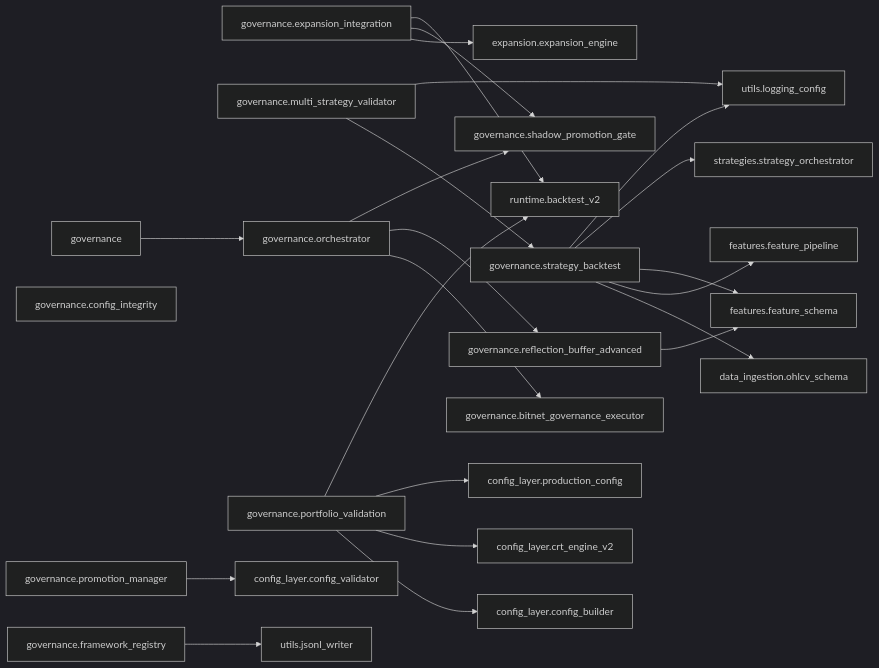
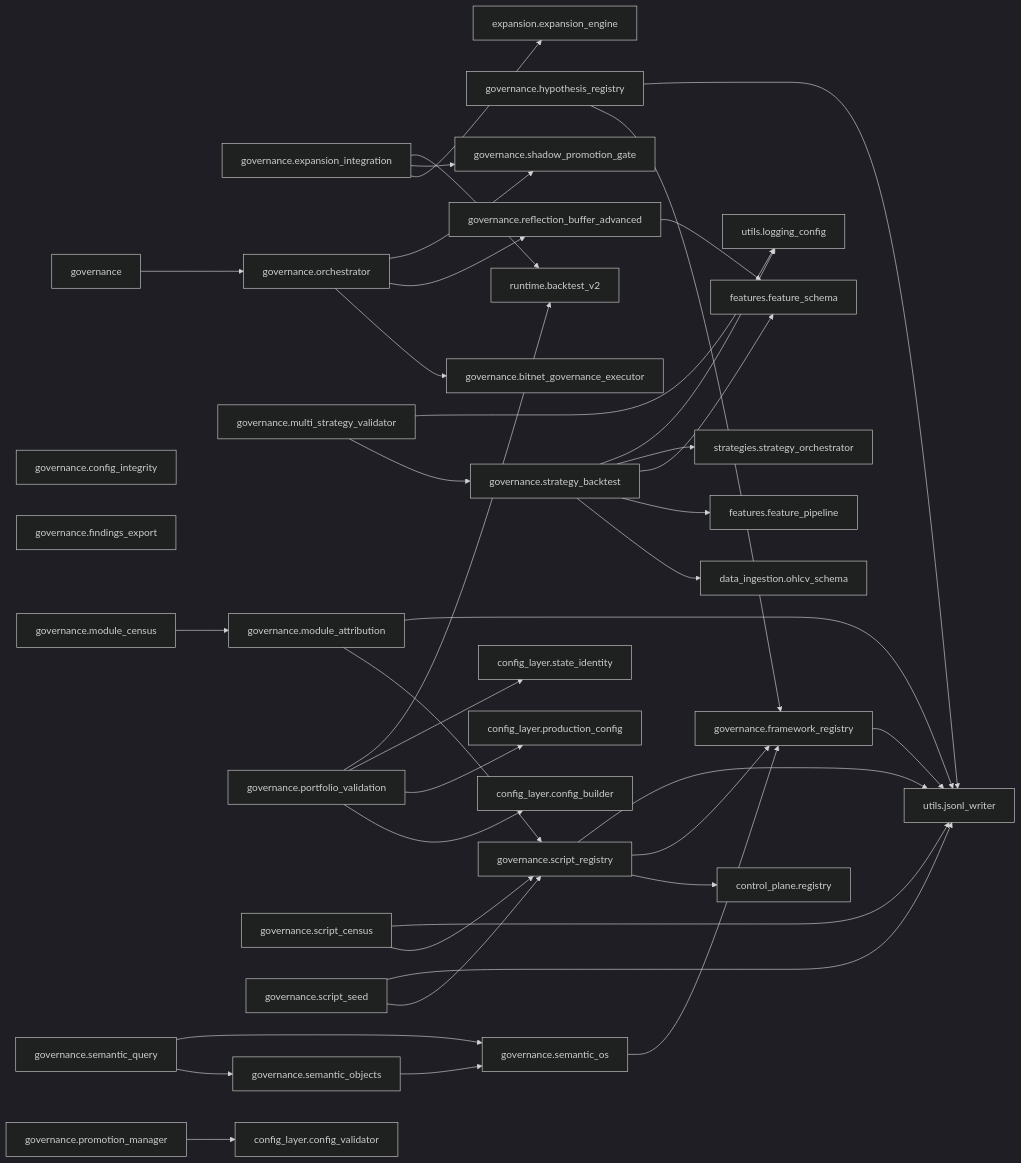
Diagram 16 of 38 in docs/architecture/code-map.generated.md (Chaithu1995-0312/TradeHlt), drawn with Mermaid (dark theme) before and after one commit. The commit also changed other lines of this file and 159 other files, not shown here.

````diff
--- a/docs/architecture/code-map.generated.md
+++ b/docs/architecture/code-map.generated.md
@@ -695,48 +904,75 @@
 ```mermaid
 flowchart LR
     governance["governance"]
     governance_bitnet_governance_executor["governance.bitnet_governance_executor"]
     governance_config_integrity["governance.config_integrity"]
     governance_expansion_integration["governance.expansion_integration"]
+    governance_findings_export["governance.findings_export"]
     governance_framework_registry["governance.framework_registry"]
+    governance_hypothesis_registry["governance.hypothesis_registry"]
+    governance_module_attribution["governance.module_attribution"]
+    governance_module_census["governance.module_census"]
     governance_multi_strategy_validator["governance.multi_strategy_validator"]
     governance_orchestrator["governance.orchestrator"]
     governance_portfolio_validation["governance.portfolio_validation"]
     governance_promotion_manager["governance.promotion_manager"]
     governance_reflection_buffer_advanced["governance.reflection_buffer_advanced"]
+    governance_script_census["governance.script_census"]
+    governance_script_registry["governance.script_registry"]
+    governance_script_seed["governance.script_seed"]
+    governance_semantic_objects["governance.semantic_objects"]
+    governance_semantic_os["governance.semantic_os"]
+    governance_semantic_query["governance.semantic_query"]
     governance_shadow_promotion_gate["governance.shadow_promotion_gate"]
     governance_strategy_backtest["governance.strategy_backtest"]
     config_layer_config_builder["config_layer.config_builder"]
     config_layer_config_validator["config_layer.config_validator"]
-    config_layer_crt_engine_v2["config_layer.crt_engine_v2"]
     config_layer_production_config["config_layer.production_config"]
+    config_layer_state_identity["config_layer.state_identity"]
+    control_plane_registry["control_plane.registry"]
     data_ingestion_ohlcv_schema["data_ingestion.ohlcv_schema"]
     expansion_expansion_engine["expansion.expansion_engine"]
     features_feature_pipeline["features.feature_pipeline"]
     features_feature_schema["features.feature_schema"]
     runtime_backtest_v2["runtime.backtest_v2"]
     strategies_strategy_orchestrator["strategies.strategy_orchestrator"]
     utils_jsonl_writer["utils.jsonl_writer"]
     utils_logging_config["utils.logging_config"]
     governance --> governance_orchestrator
     governance_expansion_integration --> expansion_expansion_engine
     governance_expansion_integration --> governance_shadow_promotion_gate
     governance_expansion_integration --> runtime_backtest_v2
     governance_framework_registry --> utils_jsonl_writer
+    governance_hypothesis_registry --> governance_framework_registry
+    governance_hypothesis_registry --> utils_jsonl_writer
+    governance_module_attribution --> governance_script_registry
+    governance_module_attribution --> utils_jsonl_writer
+    governance_module_census --> governance_module_attribution
     governance_multi_strategy_validator --> governance_strategy_backtest
     governance_multi_strategy_validator --> utils_logging_config
     governance_orchestrator --> governance_bitnet_governance_executor
     governance_orchestrator --> governance_reflection_buffer_advanced
     governance_orchestrator --> governance_shadow_promotion_gate
     governance_portfolio_validation --> config_layer_config_builder
-    governance_portfolio_validation --> config_layer_crt_engine_v2
     governance_portfolio_validation --> config_layer_production_config
+    governance_portfolio_validation --> config_layer_state_identity
     governance_portfolio_validation --> runtime_backtest_v2
     governance_promotion_manager --> config_layer_config_validator
     governance_reflection_buffer_advanced --> features_feature_schema
+    governance_script_census --> governance_script_registry
+    governance_script_census --> utils_jsonl_writer
+    governance_script_registry --> control_plane_registry
+    governance_script_registry --> governance_framework_registry
+    governance_script_registry --> utils_jsonl_writer
+    governance_script_seed --> governance_script_registry
+    governance_script_seed --> utils_jsonl_writer
+    governance_semantic_objects --> governance_semantic_os
+    governance_semantic_os --> governance_framework_registry
+    governance_semantic_query --> governance_semantic_objects
+    governance_semantic_query --> governance_semantic_os
     governance_strategy_backtest --> data_ingestion_ohlcv_schema
     governance_strategy_backtest --> features_feature_pipeline
     governance_strategy_backtest --> features_feature_schema
     governance_strategy_backtest --> strategies_strategy_orchestrator
     governance_strategy_backtest --> utils_logging_config
 ```
````
